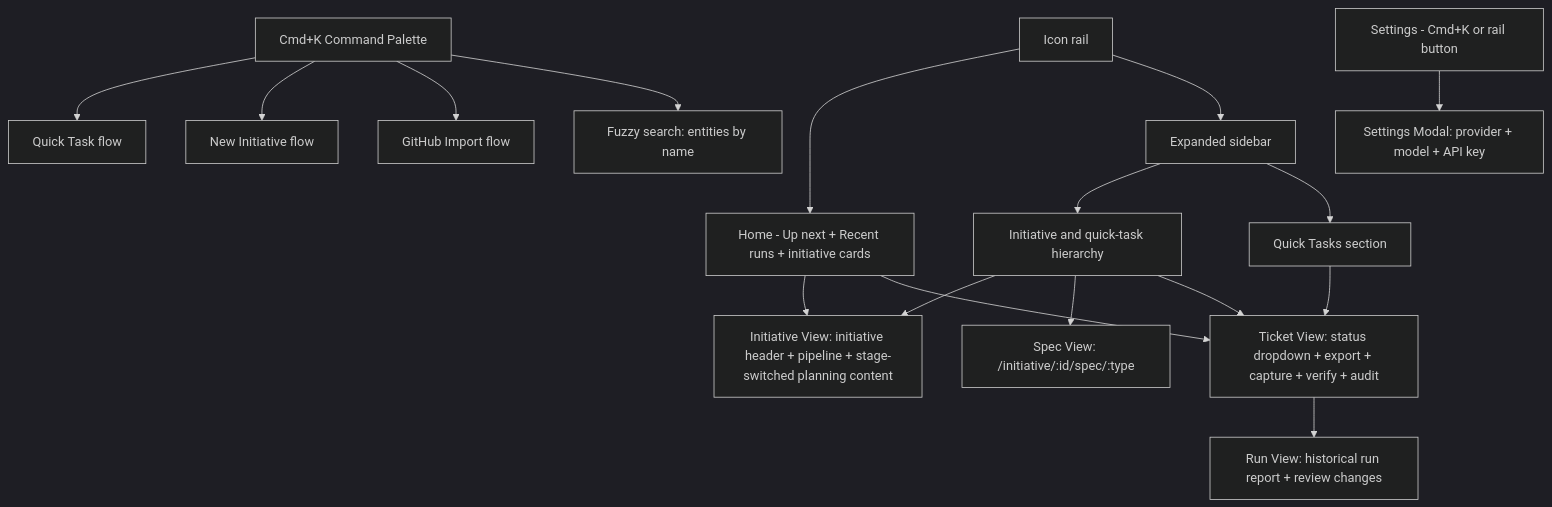
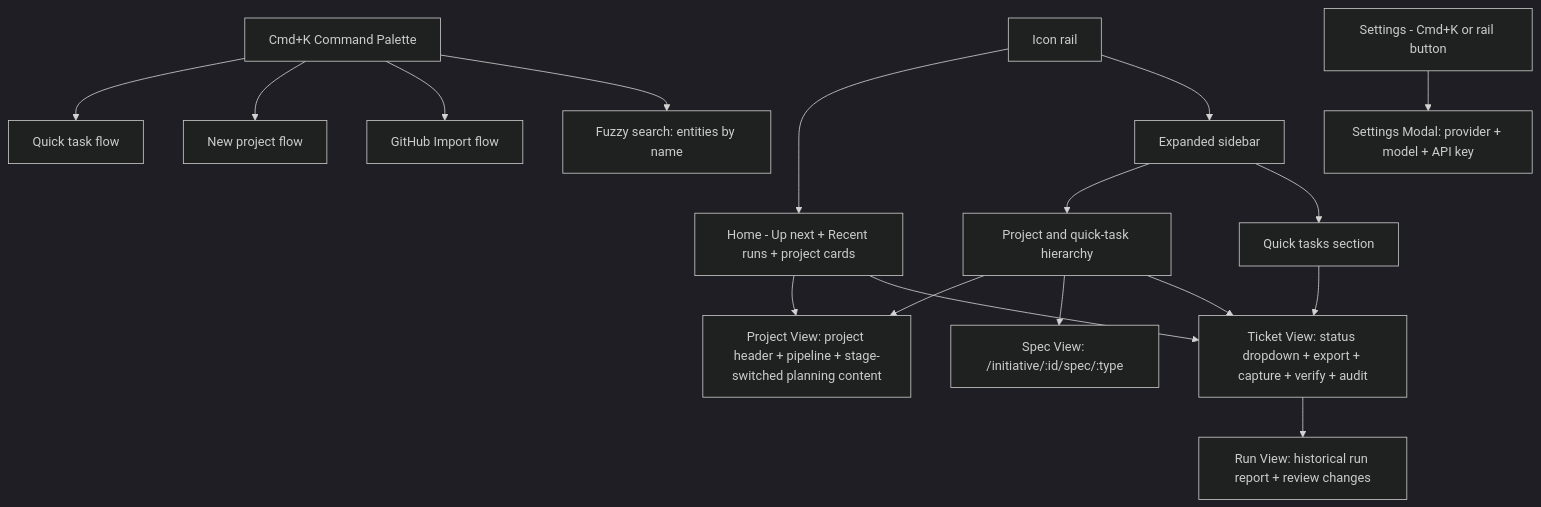
The second of 2 diagrams in docs/workflows.md (mtmitchel/SpecFlow), drawn with Mermaid (dark theme) before and after one commit. The commit also changed other lines of this file and 83 other files, not shown here.

````diff
--- a/docs/workflows.md
+++ b/docs/workflows.md
@@ -157,21 +157,21 @@
 ```mermaid
 graph TD
-    Rail[Icon rail] --> Home[Home - Up next + Recent runs + initiative cards]
+    Rail[Icon rail] --> Home[Home - Up next + Recent runs + project cards]
     Rail --> Sidebar[Expanded sidebar]
-    Sidebar --> Initiatives[Initiative and quick-task hierarchy]
-    Sidebar --> QuickTasks[Quick Tasks section]
-    CmdK[Cmd+K Command Palette] --> QT[Quick Task flow]
-    CmdK --> NI[New Initiative flow]
+    Sidebar --> Projects[Project and quick-task hierarchy]
+    Sidebar --> QuickTasks[Quick tasks section]
+    CmdK[Cmd+K Command Palette] --> QT[Quick task flow]
+    CmdK --> NI[New project flow]
     CmdK --> GH[GitHub Import flow]
     CmdK --> Search[Fuzzy search: entities by name]
 
-    Home --> InitiativeView[Initiative View: initiative header + pipeline + stage-switched planning content]
-    Initiatives --> InitiativeView
-    Initiatives --> SpecView[Spec View: /initiative/:id/spec/:type]
-    Initiatives --> TicketView
+    Home --> ProjectView[Project View: project header + pipeline + stage-switched planning content]
+    Projects --> ProjectView
+    Projects --> SpecView[Spec View: /initiative/:id/spec/:type]
+    Projects --> TicketView
     Home --> TicketView
     QuickTasks --> TicketView[Ticket View: status dropdown + export + capture + verify + audit]
     TicketView --> RunView[Run View: historical run report + review changes]
 
     Settings[Settings - Cmd+K or rail button] --> SettingsModal[Settings Modal: provider + model + API key]
 ```
````
